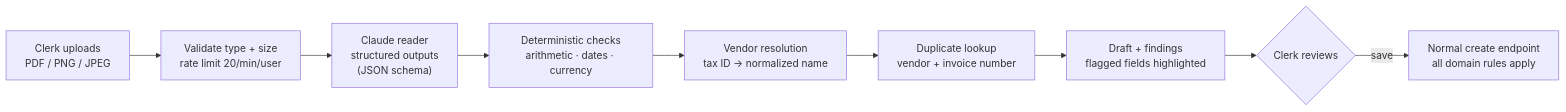
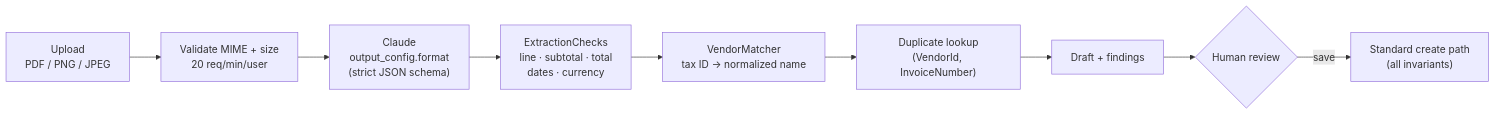
The first of 3 diagrams in README.md (Akhilesh-Vangala/accrue), drawn with Mermaid before and after one commit. The commit also changed other lines of this file, not shown here.

````diff
--- a/README.md
+++ b/README.md
@@ -30,11 +37,11 @@
 ```mermaid
 flowchart LR
-    U["Clerk uploads<br/>PDF / PNG / JPEG"] --> V["Validate type + size<br/>rate limit 20/min/user"]
-    V --> C["Claude reader<br/>structured outputs<br/>(JSON schema)"]
-    C --> K["Deterministic checks<br/>arithmetic · dates · currency"]
-    K --> M["Vendor resolution<br/>tax ID → normalized name"]
-    M --> D["Duplicate lookup<br/>vendor + invoice number"]
-    D --> R["Draft + findings<br/>flagged fields highlighted"]
-    R --> H{"Clerk reviews"}
-    H -- save --> W["Normal create endpoint<br/>all domain rules apply"]
+    U["Upload<br/>PDF / PNG / JPEG"] --> V["Validate MIME + size<br/>20 req/min/user"]
+    V --> C["Claude<br/>output_config.format<br/>(strict JSON schema)"]
+    C --> K["ExtractionChecks<br/>line · subtotal · total<br/>dates · currency"]
+    K --> M["VendorMatcher<br/>tax ID → normalized name"]
+    M --> D["Duplicate lookup<br/>(VendorId, InvoiceNumber)"]
+    D --> R["Draft + findings"]
+    R --> H{"Human review"}
+    H -- save --> W["Standard create path<br/>(all invariants)"]
 ```
````
